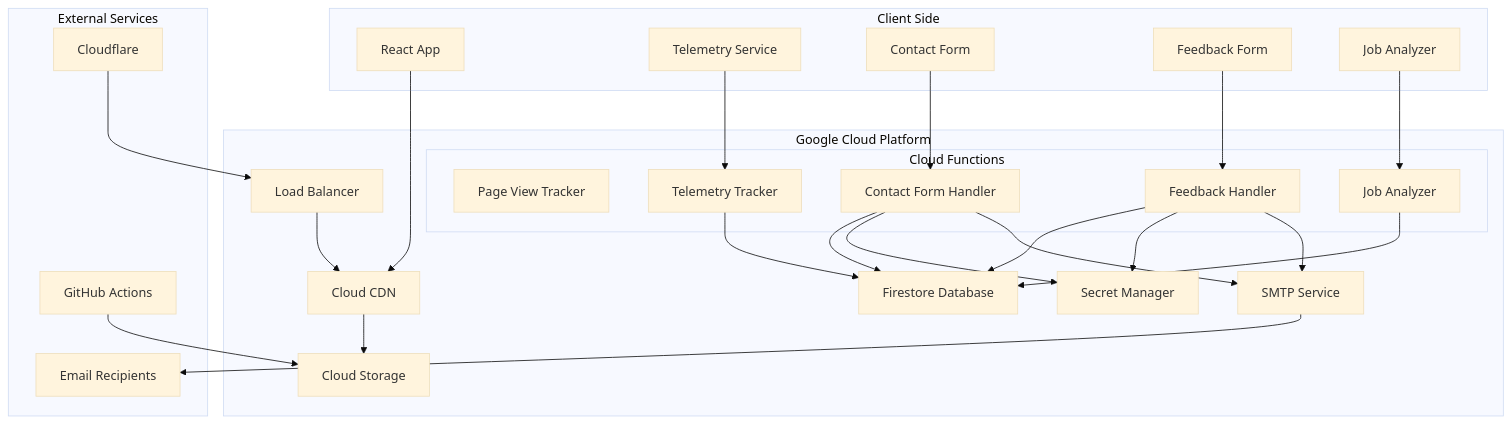
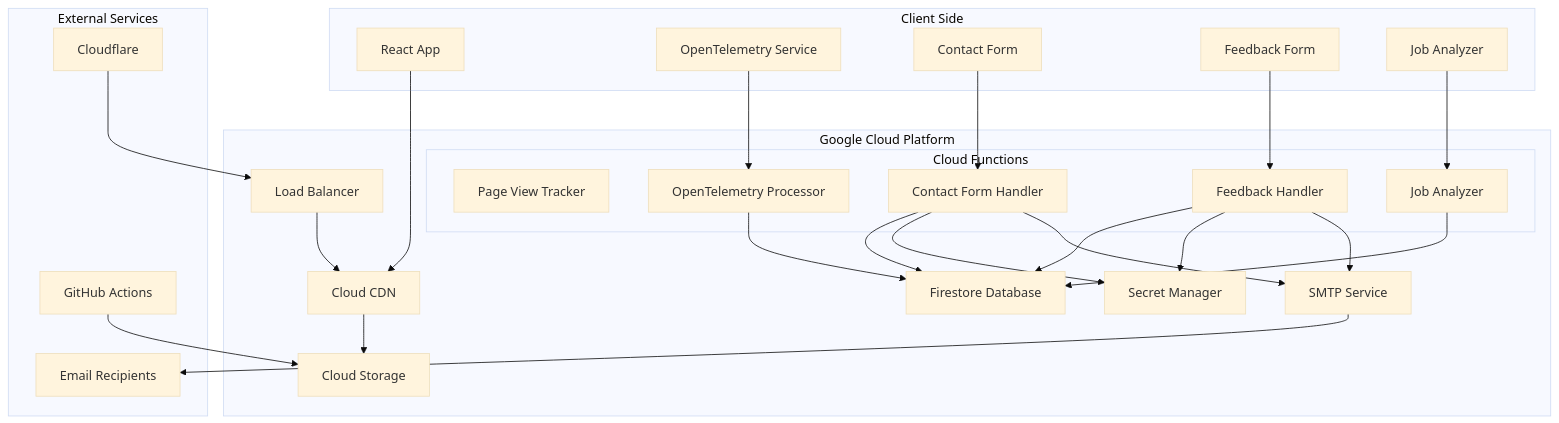
The first of 2 diagrams in README.md (Sudhan30/my-portfolio-website), drawn with Mermaid (base theme) before and after one commit. The commit also changed other lines of this file and 3 other files, not shown here.

First line of the commit message:
Update all documentation to reflect unified OpenTelemetry system

````diff
--- a/README.md
+++ b/README.md
@@ -73,56 +73,56 @@
 ```mermaid
 graph TB
     subgraph "Client Side"
         A[React App]
-        B[Telemetry Service]
+        B[OpenTelemetry Service]
         C[Contact Form]
         D[Feedback Form]
         E[Job Analyzer]
     end
 
     subgraph "Google Cloud Platform"
         F[Cloud CDN]
         G[Cloud Storage]
         H[Load Balancer]
         
         subgraph "Cloud Functions"
             I[Page View Tracker]
             J[Contact Form Handler]
             K[Feedback Handler]
             L[Job Analyzer]
-            M[Telemetry Tracker]
+            M[OpenTelemetry Processor]
         end
         
         N[Firestore Database]
         O[Secret Manager]
         P[SMTP Service]
     end
 
     subgraph "External Services"
         Q[Cloudflare]
         R[GitHub Actions]
         S[Email Recipients]
     end
 
     A --> F
     F --> G
     Q --> H
     H --> F
     
     C --> J
     D --> K
     E --> L
     B --> M
     
     J --> N
     J --> O
     J --> P
     K --> N
     K --> O
     K --> P
     L --> N
     M --> N
     
     P --> S
     R --> G
 ```
````
